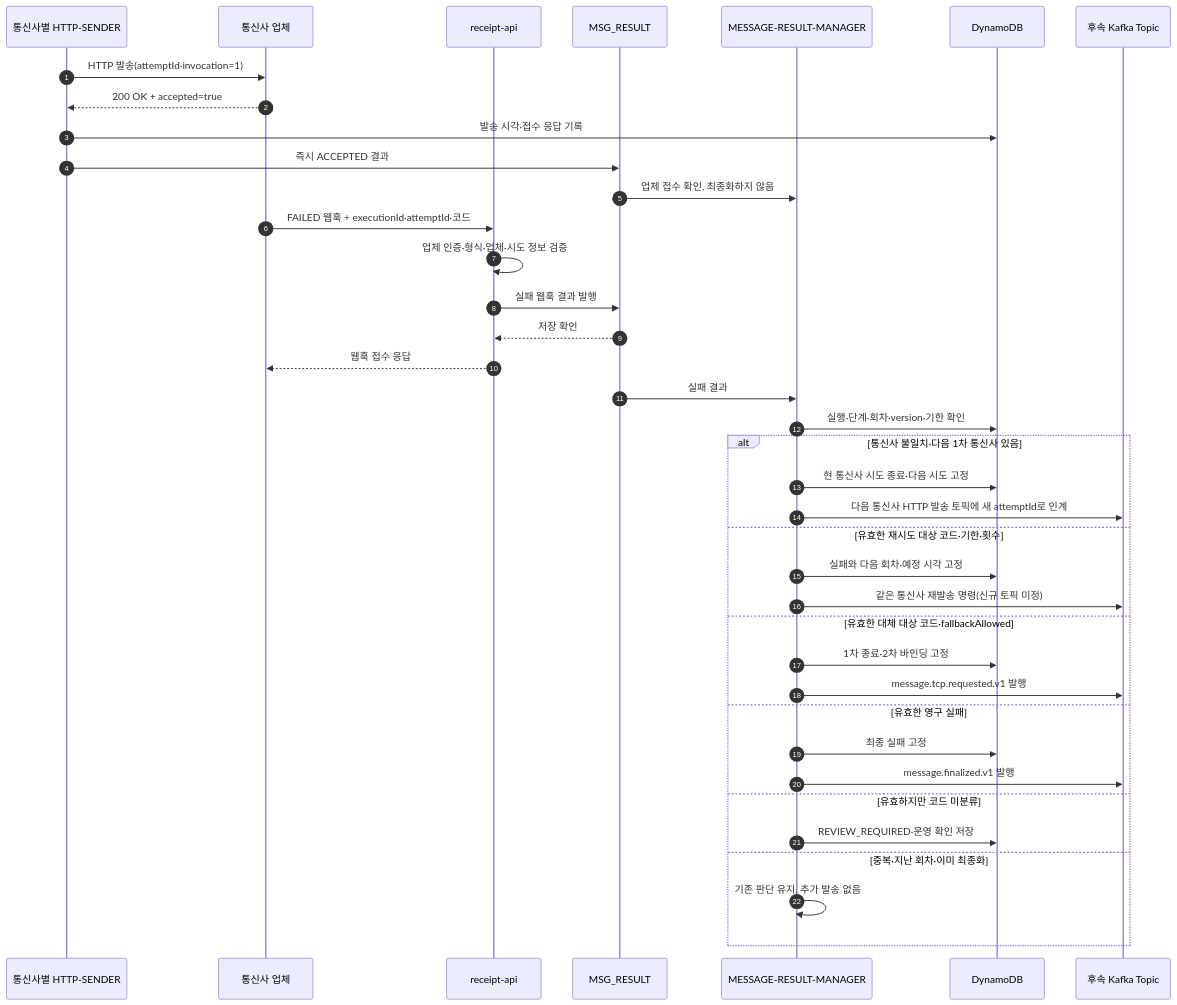
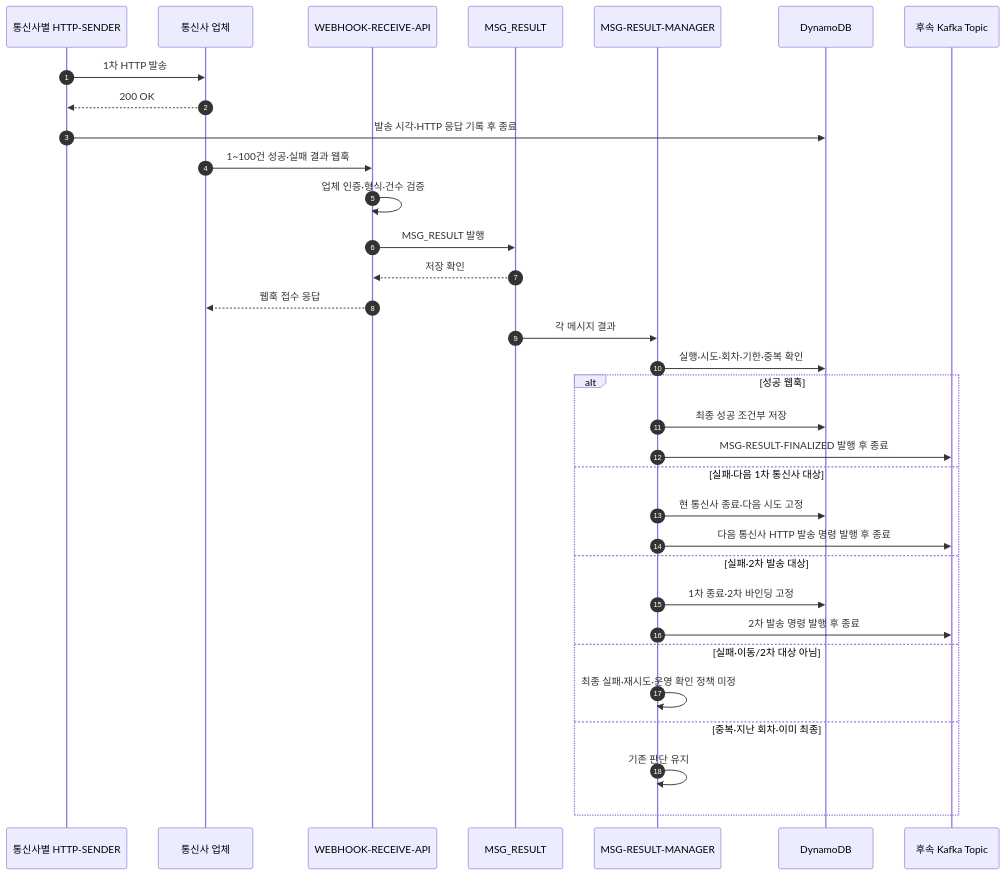
Before and after one commit to hyun-seung/High-throughput-event-platform: the sixth of 9 diagrams in docs/53-신규-메시지-케이스별-Call-Flow.md, drawn with Mermaid. The commit also changed other lines of this file and 5 other files, not shown here.

````diff
--- a/docs/53-신규-메시지-케이스별-Call-Flow.md
+++ b/docs/53-신규-메시지-케이스별-Call-Flow.md
@@ -210,40 +181,35 @@
 ```mermaid
 sequenceDiagram
     autonumber
     participant S as 통신사별 HTTP-SENDER
     participant P as 통신사 업체
-    participant W as receipt-api
+    participant W as WEBHOOK-RECEIVE-API
     participant K as MSG_RESULT
-    participant M as MESSAGE-RESULT-MANAGER
+    participant M as MSG-RESULT-MANAGER
     participant D as DynamoDB
     participant T as 후속 Kafka Topic
-    S->>P: HTTP 발송(attemptId·invocation=1)
-    P-->>S: 200 OK + accepted=true
-    S->>D: 발송 시각·접수 응답 기록
-    S->>K: 즉시 ACCEPTED 결과
-    K->>M: 업체 접수 확인, 최종화하지 않음
-    P->>W: FAILED 웹훅 + executionId·attemptId·코드
-    W->>W: 업체 인증·형식·업체·시도 정보 검증
-    W->>K: 실패 웹훅 결과 발행
+    S->>P: 1차 HTTP 발송
+    P-->>S: 200 OK
+    S->>D: 발송 시각·HTTP 응답 기록 후 종료
+    P->>W: 1~100건 성공·실패 결과 웹훅
+    W->>W: 업체 인증·형식·건수 검증
+    W->>K: MSG_RESULT 발행
     K-->>W: 저장 확인
     W-->>P: 웹훅 접수 응답
-    K->>M: 실패 결과
-    M->>D: 실행·단계·회차·version·기한 확인
-    alt 통신사 불일치·다음 1차 통신사 있음
-        M->>D: 현 통신사 시도 종료·다음 시도 고정
-        M->>T: 다음 통신사 HTTP 발송 토픽에 새 attemptId로 인계
-    else 유효한 재시도 대상 코드·기한·횟수
-        M->>D: 실패와 다음 회차·예정 시각 고정
-        M->>T: 같은 통신사 재발송 명령(신규 토픽 미정)
-    else 유효한 대체 대상 코드·fallbackAllowed
+    K->>M: 각 메시지 결과
+    M->>D: 실행·시도·회차·기한·중복 확인
+    alt 성공 웹훅
+        M->>D: 최종 성공 조건부 저장
+        M->>T: MSG-RESULT-FINALIZED 발행 후 종료
+    else 실패·다음 1차 통신사 대상
+        M->>D: 현 통신사 종료·다음 시도 고정
+        M->>T: 다음 통신사 HTTP 발송 명령 발행 후 종료
+    else 실패·2차 발송 대상
         M->>D: 1차 종료·2차 바인딩 고정
-        M->>T: message.tcp.requested.v1 발행
-    else 유효한 영구 실패
-        M->>D: 최종 실패 고정
-        M->>T: message.finalized.v1 발행
-    else 유효하지만 코드 미분류
-        M->>D: REVIEW_REQUIRED·운영 확인 저장
-    else 중복·지난 회차·이미 최종화
-        M->>M: 기존 판단 유지, 추가 발송 없음
+        M->>T: 2차 발송 명령 발행 후 종료
+    else 실패·이동/2차 대상 아님
+        M->>M: 최종 실패·재시도·운영 확인 정책 미정
+    else 중복·지난 회차·이미 최종
+        M->>M: 기존 판단 유지
     end
 ```
````
